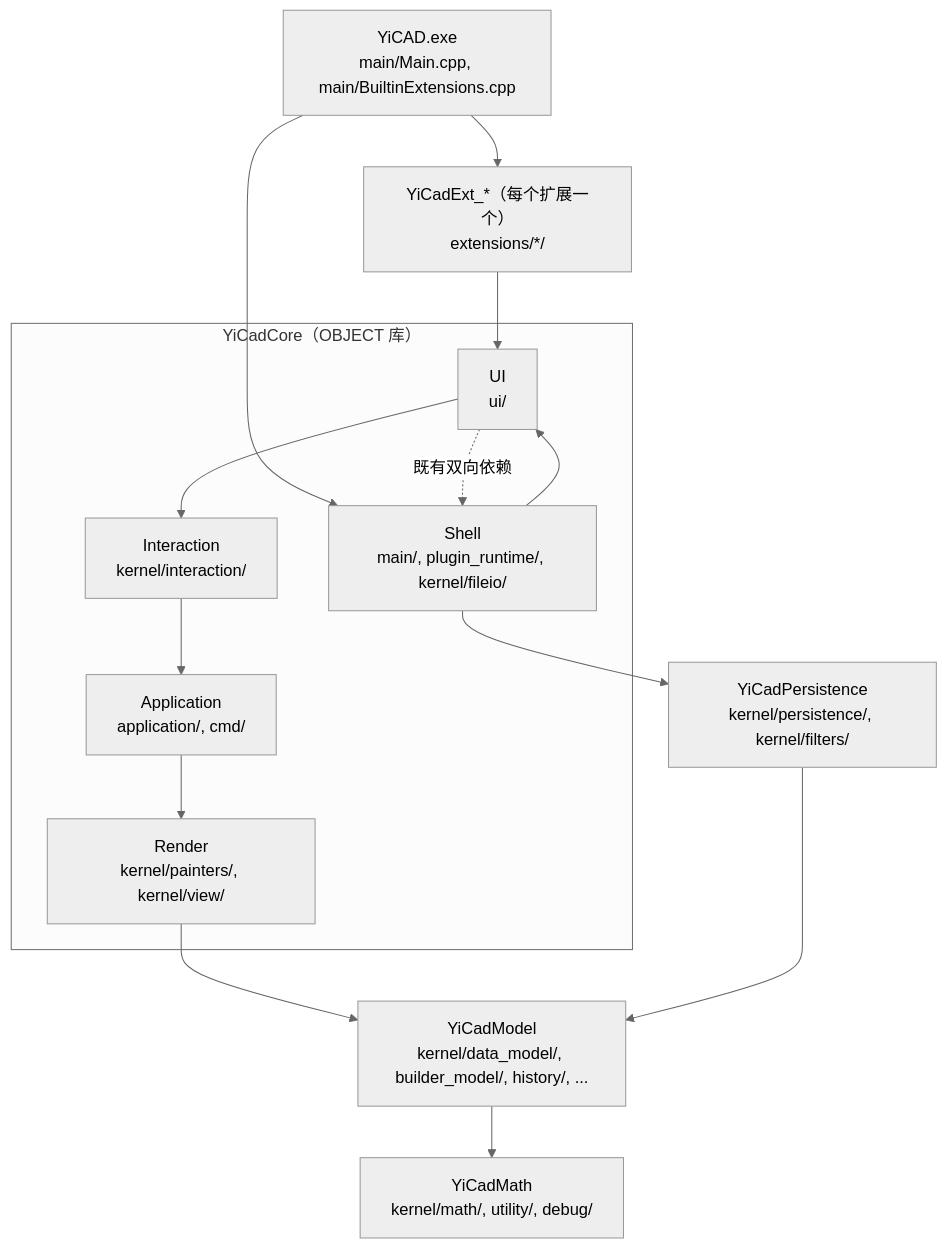
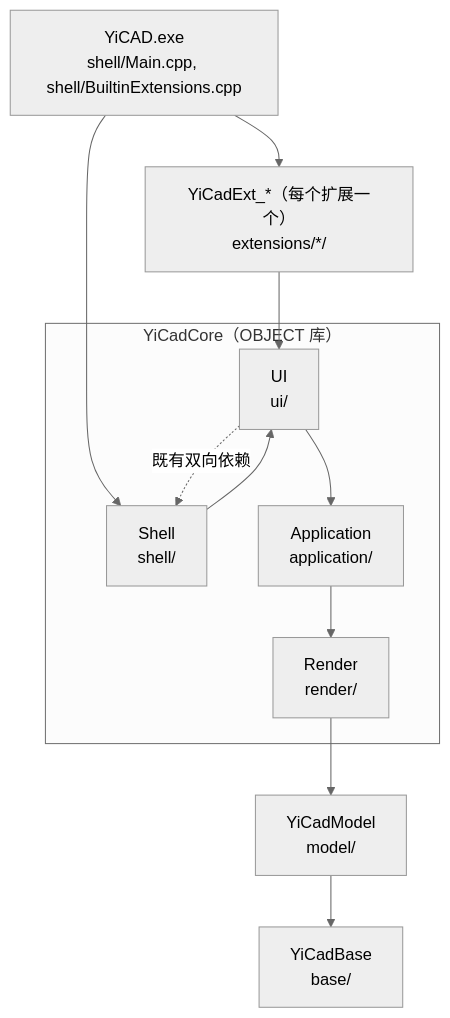
Before and after one commit to chicai-18/YiCAD: the diagram in README_zh.md, drawn with Mermaid (neutral theme). The commit also changed other lines of this file and 19 other files, not shown here.

First line of the commit message:
分层重组 S2（二）：构建脚本与文档改到新目录，合并 YiCadPersistence

````diff
--- a/README_zh.md
+++ b/README_zh.md
@@ -342,28 +340,23 @@
 ```mermaid
 flowchart TB
-    Exe["YiCAD.exe<br/>main/Main.cpp, main/BuiltinExtensions.cpp"]
+    Exe["YiCAD.exe<br/>shell/Main.cpp, shell/BuiltinExtensions.cpp"]
     Ext["YiCadExt_*（每个扩展一个）<br/>extensions/*/"]
     subgraph Core["YiCadCore（OBJECT 库）"]
-        Shell["Shell<br/>main/, plugin_runtime/, kernel/fileio/"]
+        Shell["Shell<br/>shell/"]
         Ui["UI<br/>ui/"]
-        Inter["Interaction<br/>kernel/interaction/"]
-        Appl["Application<br/>application/, cmd/"]
-        Render["Render<br/>kernel/painters/, kernel/view/"]
+        Appl["Application<br/>application/"]
+        Render["Render<br/>render/"]
     end
-    Persist["YiCadPersistence<br/>kernel/persistence/, kernel/filters/"]
-    Model["YiCadModel<br/>kernel/data_model/, builder_model/, history/, ..."]
-    Math["YiCadMath<br/>kernel/math/, utility/, debug/"]
+    Model["YiCadModel<br/>model/"]
+    Base["YiCadBase<br/>base/"]
 
     Exe --> Ext
     Exe --> Shell
     Ext --> Ui
     Shell --> Ui
-    Shell --> Persist
     Ui -. 既有双向依赖 .-> Shell
-    Ui --> Inter
-    Inter --> Appl
+    Ui --> Appl
     Appl --> Render
     Render --> Model
-    Persist --> Model
-    Model --> Math
+    Model --> Base
 ```
````
